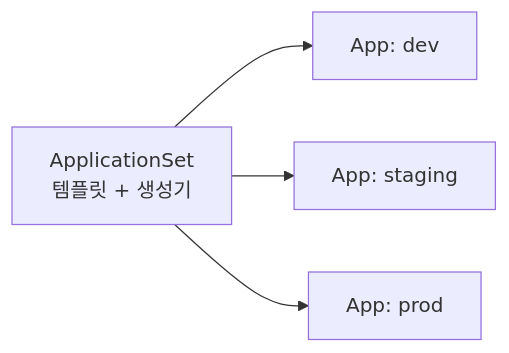
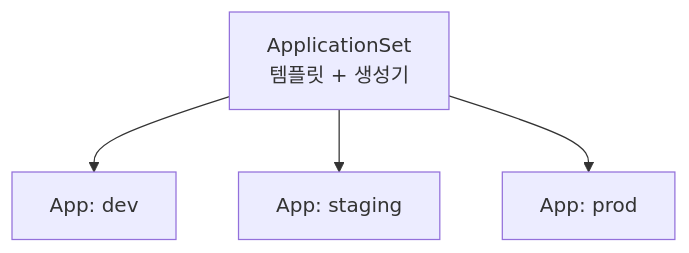
Before and after one commit to K-Diger/k-diger.github.io: the eighth of 12 diagrams in _posts/2026-01-14-kubernetes-24-argocd.md, drawn with Mermaid. The commit also changed other lines of this file and 13 other files, not shown here.

````diff
--- a/_posts/2026-01-14-kubernetes-24-argocd.md
+++ b/_posts/2026-01-14-kubernetes-24-argocd.md
@@ -548,6 +554,11 @@
 ```mermaid
-flowchart LR
-    APPSET[ApplicationSet<br/>템플릿 + 생성기] --> APP1[App: dev]
-    APPSET --> APP2[App: staging]
-    APPSET --> APP3[App: prod]
+flowchart TB
+    APPSET[ApplicationSet<br/>템플릿 + 생성기]
+    APP1[App: dev]
+    APP2[App: staging]
+    APP3[App: prod]
+
+    APPSET --> APP1
+    APPSET --> APP2
+    APPSET --> APP3
 ```
````
